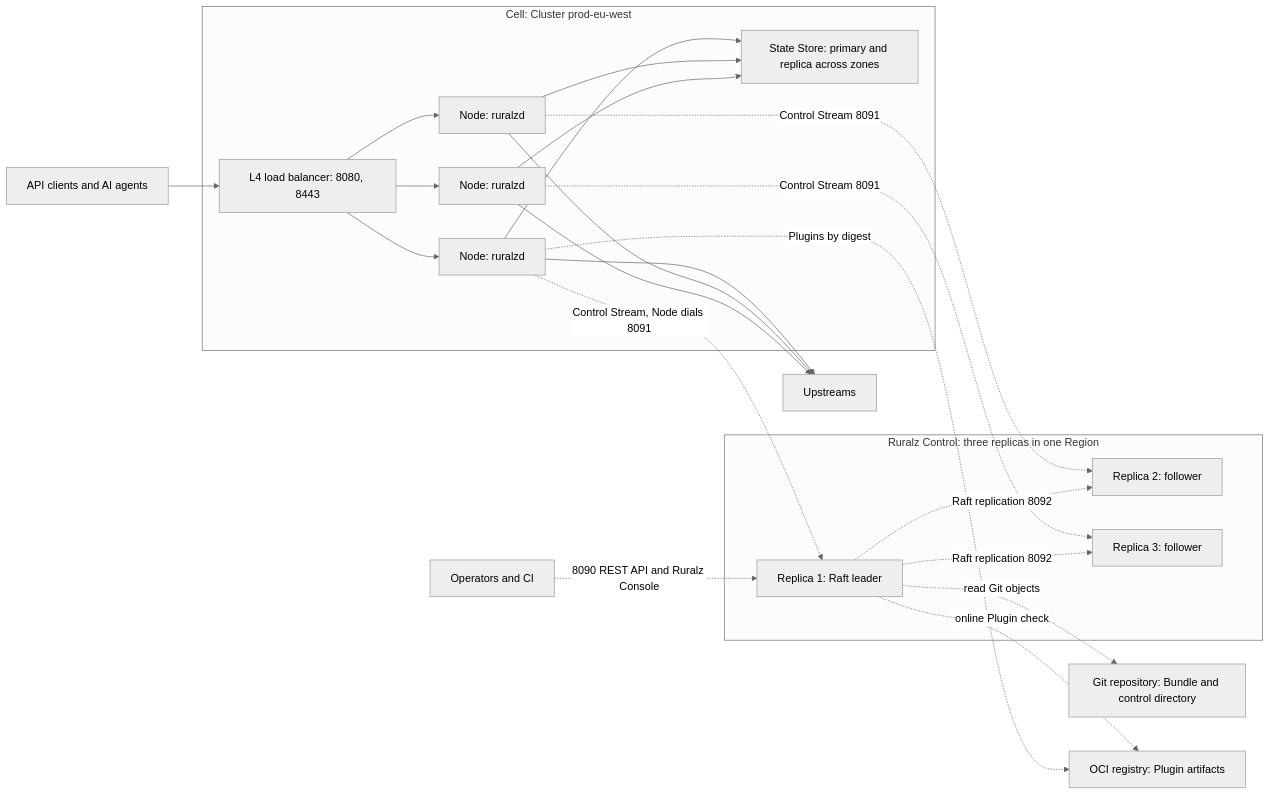
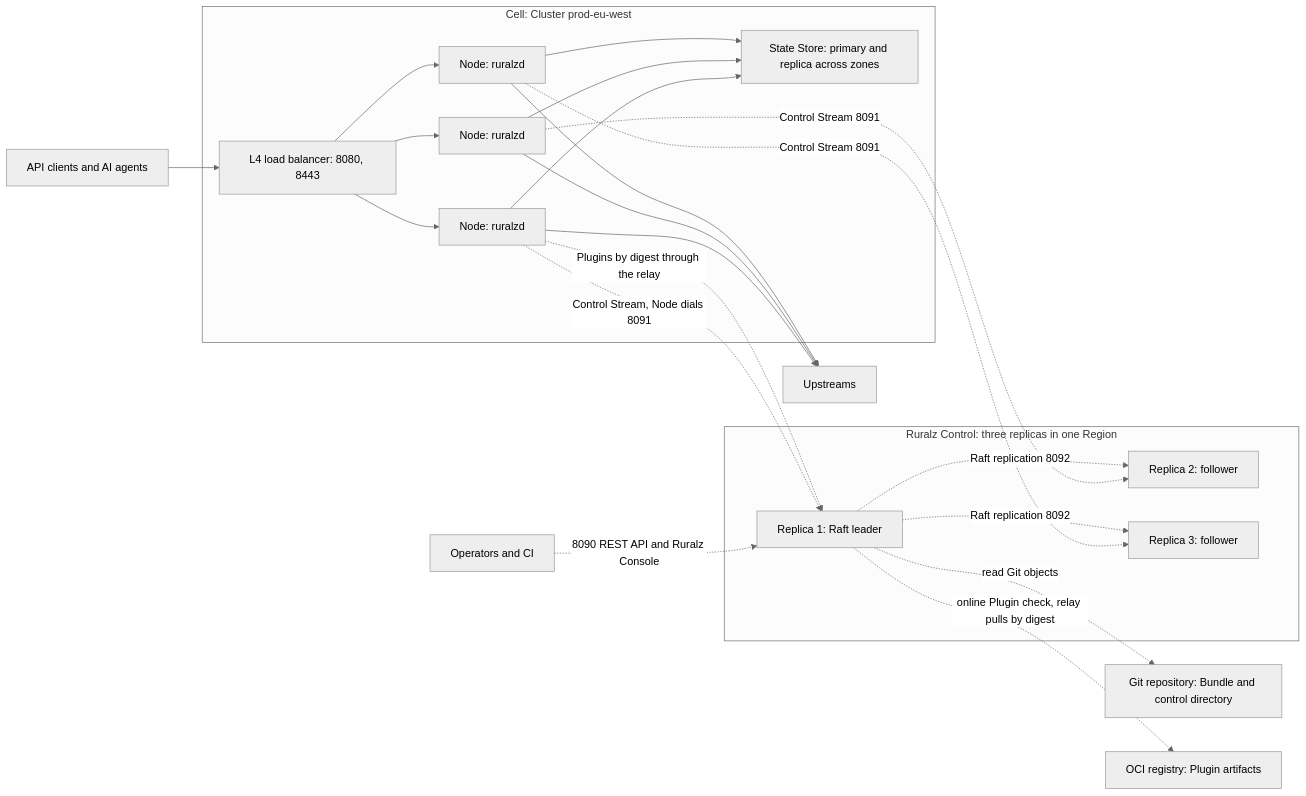
The third of 7 diagrams in docs/operations/01-deployment-topologies.md (ravindu-rev/ruralz), drawn with Mermaid (neutral theme) before and after one commit. The commit also changed other lines of this file and 11 other files, not shown here.

````diff
--- a/docs/operations/01-deployment-topologies.md
+++ b/docs/operations/01-deployment-topologies.md
@@ -112,39 +112,39 @@
 ```mermaid
 flowchart LR
     clients["API clients and AI agents"]
     ops["Operators and CI"]
     git["Git repository: Bundle and control directory"]
     oci["OCI registry: Plugin artifacts"]
     subgraph ctl["Ruralz Control: three replicas in one Region"]
         r1["Replica 1: Raft leader"]
         r2["Replica 2: follower"]
         r3["Replica 3: follower"]
     end
     subgraph cell["Cell: Cluster prod-eu-west"]
         lb["L4 load balancer: 8080, 8443"]
         n1["Node: ruralzd"]
         n2["Node: ruralzd"]
         n3["Node: ruralzd"]
         ss["State Store: primary and replica across zones"]
     end
     up["Upstreams"]
     clients --> lb
     lb --> n1
     lb --> n2
     lb --> n3
     n1 --> ss
     n2 --> ss
     n3 --> ss
     n1 --> up
     n2 --> up
     n3 --> up
     n1 -.->|"Control Stream, Node dials 8091"| r1
     n2 -.->|"Control Stream 8091"| r2
     n3 -.->|"Control Stream 8091"| r3
     r1 -.->|"Raft replication 8092"| r2
     r1 -.->|"Raft replication 8092"| r3
     r1 -.->|"read Git objects"| git
-    r1 -.->|"online Plugin check"| oci
-    n1 -.->|"Plugins by digest"| oci
+    r1 -.->|"online Plugin check, relay pulls by digest"| oci
+    n1 -.->|"Plugins by digest through the relay"| r1
     ops -.->|"8090 REST API and Ruralz Console"| r1
 ```
````
